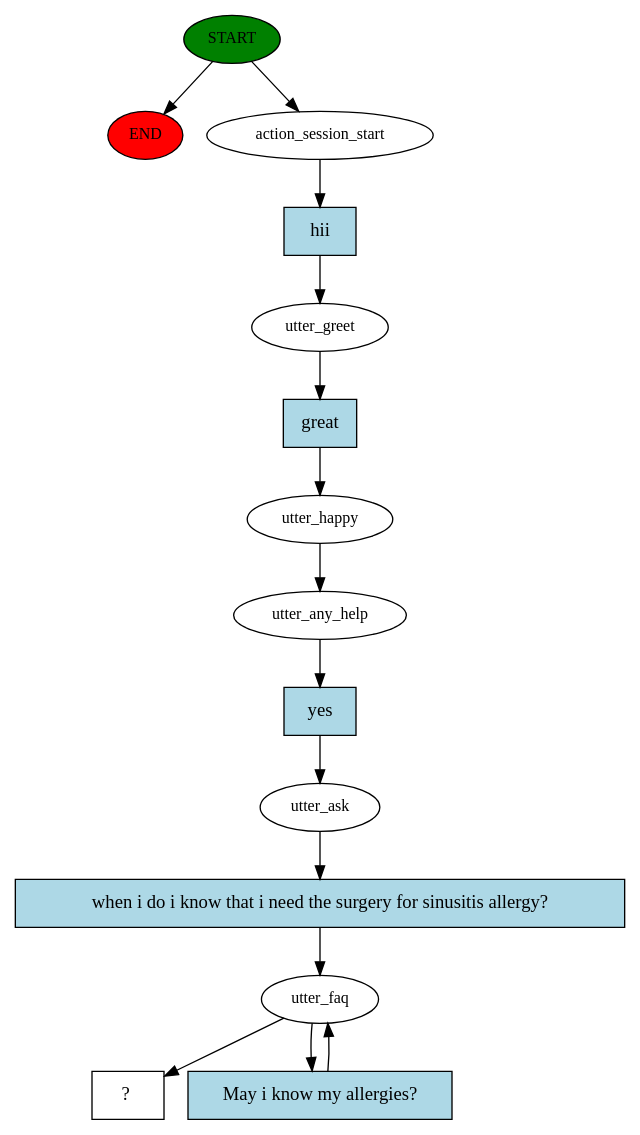
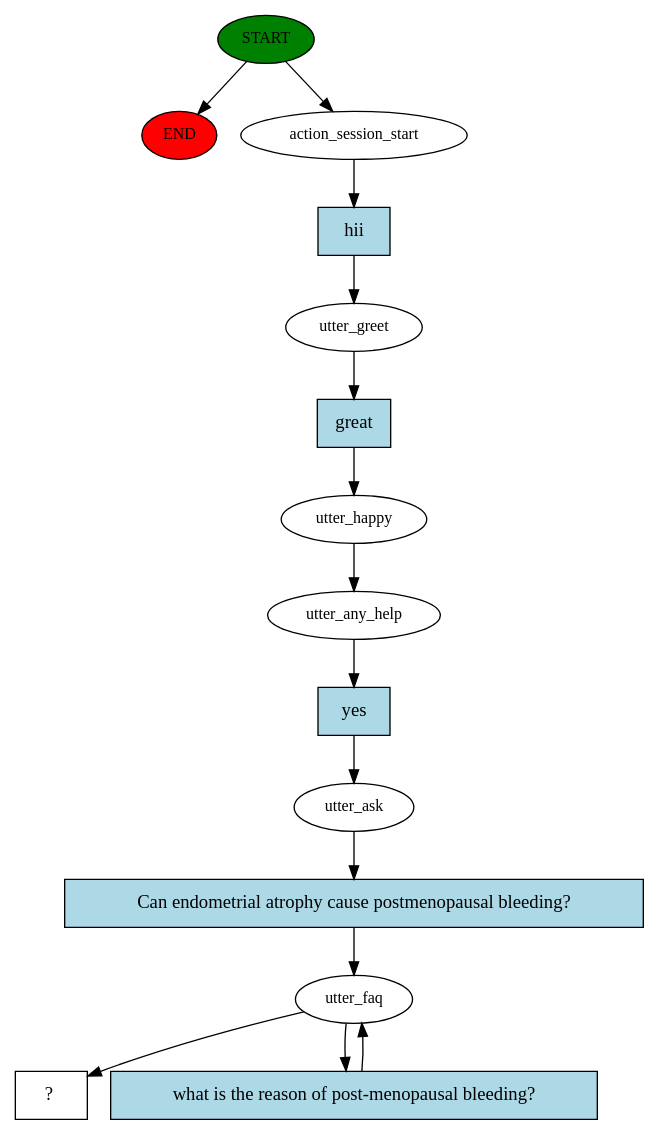
One commit to arnoob16/Aapka-Apna-Doctor changed the diagram in Rasa Bot On WebMD/story_graph.dot. Above: the diagram before and after it, drawn with Graphviz.

Commit message:
updated two files

```diff
--- a/Rasa Bot On WebMD/story_graph.dot
+++ b/Rasa Bot On WebMD/story_graph.dot
@@ -1,30 +1,30 @@
 digraph  {
 0 [class="start active", fillcolor=green, fontsize=12, label=START, style=filled];
 "-1" [class=end, fillcolor=red, fontsize=12, label=END, style=filled];
 1 [class=active, fontsize=12, label=action_session_start];
 2 [class=active, fontsize=12, label=utter_greet];
 3 [class=active, fontsize=12, label=utter_happy];
 4 [class=active, fontsize=12, label=utter_any_help];
 5 [class=active, fontsize=12, label=utter_ask];
 6 [class=active, fontsize=12, label=utter_faq];
-10 [class="intent dashed active", label="  ?  ", shape=rect];
-11 [class="intent active", fillcolor=lightblue, label=hii, shape=rect, style=filled];
-12 [class="intent active", fillcolor=lightblue, label=great, shape=rect, style=filled];
-13 [class="intent active", fillcolor=lightblue, label=yes, shape=rect, style=filled];
-14 [class="intent active", fillcolor=lightblue, label="when i do i know that i need the surgery for sinusitis allergy?", shape=rect, style=filled];
-15 [class="intent active", fillcolor=lightblue, label="May i know my allergies?", shape=rect, style=filled];
+8 [class="intent dashed active", label="  ?  ", shape=rect];
+9 [class="intent active", fillcolor=lightblue, label=hii, shape=rect, style=filled];
+10 [class="intent active", fillcolor=lightblue, label=great, shape=rect, style=filled];
+11 [class="intent active", fillcolor=lightblue, label=yes, shape=rect, style=filled];
+12 [class="intent active", fillcolor=lightblue, label="Can endometrial atrophy cause postmenopausal bleeding?", shape=rect, style=filled];
+13 [class="intent active", fillcolor=lightblue, label="what is the reason of post-menopausal bleeding?", shape=rect, style=filled];
 0 -> "-1"  [class="", key=NONE, label=""];
 0 -> 1  [class=active, key=NONE, label=""];
-1 -> 11  [class=active, key=0];
-2 -> 12  [class=active, key=0];
+1 -> 9  [class=active, key=0];
+2 -> 10  [class=active, key=0];
 3 -> 4  [class=active, key=NONE, label=""];
-4 -> 13  [class=active, key=0];
-5 -> 14  [class=active, key=0];
-6 -> 10  [class=active, key=NONE, label=""];
-6 -> 15  [class=active, key=0];
-11 -> 2  [class=active, key=0];
-12 -> 3  [class=active, key=0];
-13 -> 5  [class=active, key=0];
-14 -> 6  [class=active, key=0];
-15 -> 6  [class=active, key=0];
+4 -> 11  [class=active, key=0];
+5 -> 12  [class=active, key=0];
+6 -> 8  [class=active, key=NONE, label=""];
+6 -> 13  [class=active, key=0];
+9 -> 2  [class=active, key=0];
+10 -> 3  [class=active, key=0];
+11 -> 5  [class=active, key=0];
+12 -> 6  [class=active, key=0];
+13 -> 6  [class=active, key=0];
 }
```
